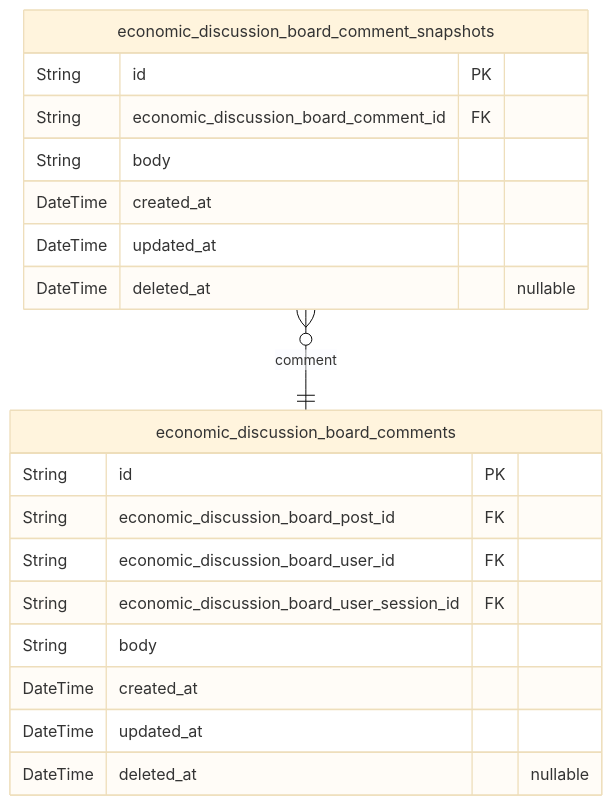
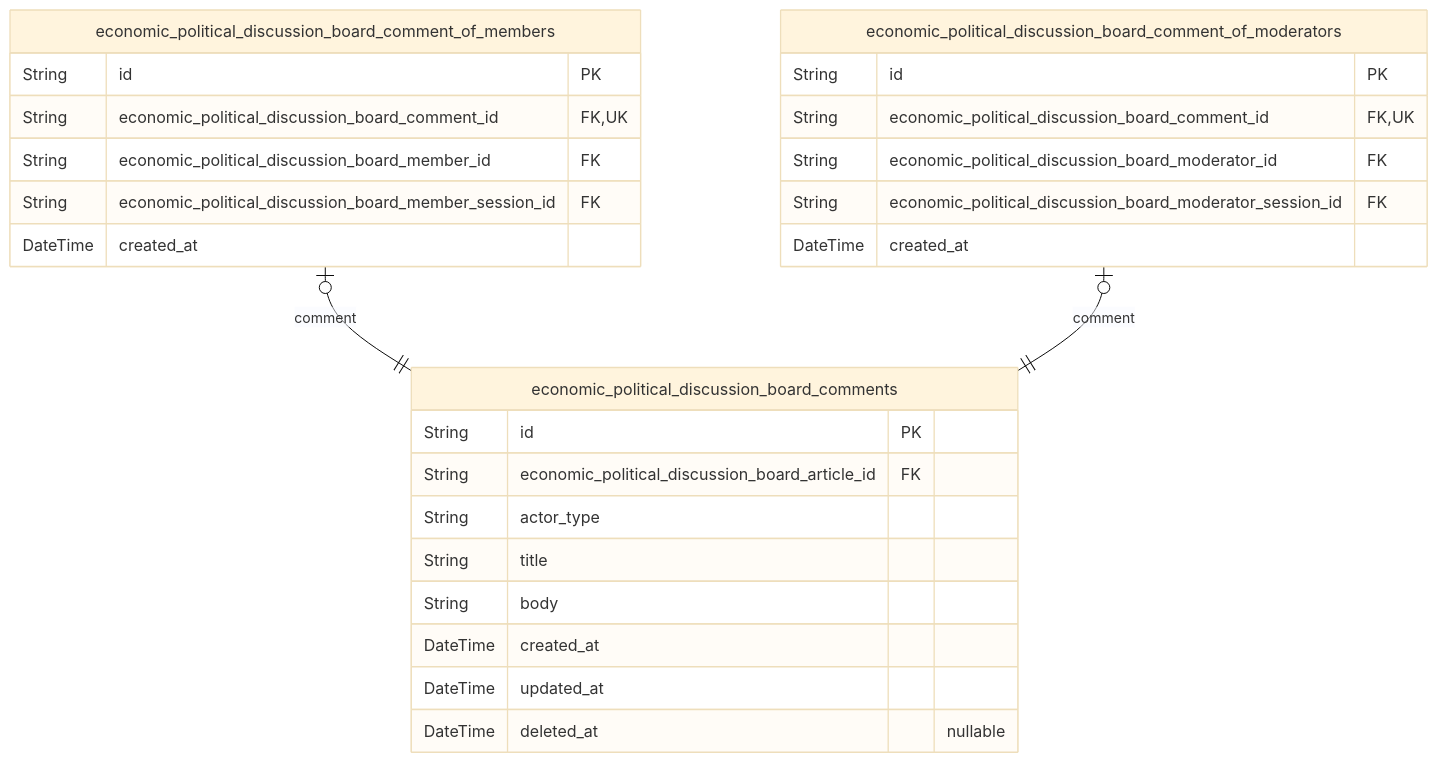
Before and after one commit to wrtnlabs/autobe-examples: the fourth of 5 diagrams in mistralai/codestral-2508/bbs/docs/ERD.md, drawn with Mermaid (base theme). The commit also changed other lines of this file and 7173 other files, not shown here.

````diff
--- a/mistralai/codestral-2508/bbs/docs/ERD.md
+++ b/mistralai/codestral-2508/bbs/docs/ERD.md
@@ -312,22 +530,29 @@
 ```mermaid
 erDiagram
-"economic_discussion_board_comments" {
+"economic_political_discussion_board_comments" {
   String id PK
-  String economic_discussion_board_post_id FK
-  String economic_discussion_board_user_id FK
-  String economic_discussion_board_user_session_id FK
+  String economic_political_discussion_board_article_id FK
+  String actor_type
+  String title
   String body
   DateTime created_at
   DateTime updated_at
   DateTime deleted_at "nullable"
 }
-"economic_discussion_board_comment_snapshots" {
+"economic_political_discussion_board_comment_of_members" {
   String id PK
-  String economic_discussion_board_comment_id FK
-  String body
+  String economic_political_discussion_board_comment_id FK,UK
+  String economic_political_discussion_board_member_id FK
+  String economic_political_discussion_board_member_session_id FK
   DateTime created_at
-  DateTime updated_at
-  DateTime deleted_at "nullable"
 }
-"economic_discussion_board_comment_snapshots" }o--|| "economic_discussion_board_comments" : comment
+"economic_political_discussion_board_comment_of_moderators" {
+  String id PK
+  String economic_political_discussion_board_comment_id FK,UK
+  String economic_political_discussion_board_moderator_id FK
+  String economic_political_discussion_board_moderator_session_id FK
+  DateTime created_at
+}
+"economic_political_discussion_board_comment_of_members" |o--|| "economic_political_discussion_board_comments" : comment
+"economic_political_discussion_board_comment_of_moderators" |o--|| "economic_political_discussion_board_comments" : comment
 ```
````
